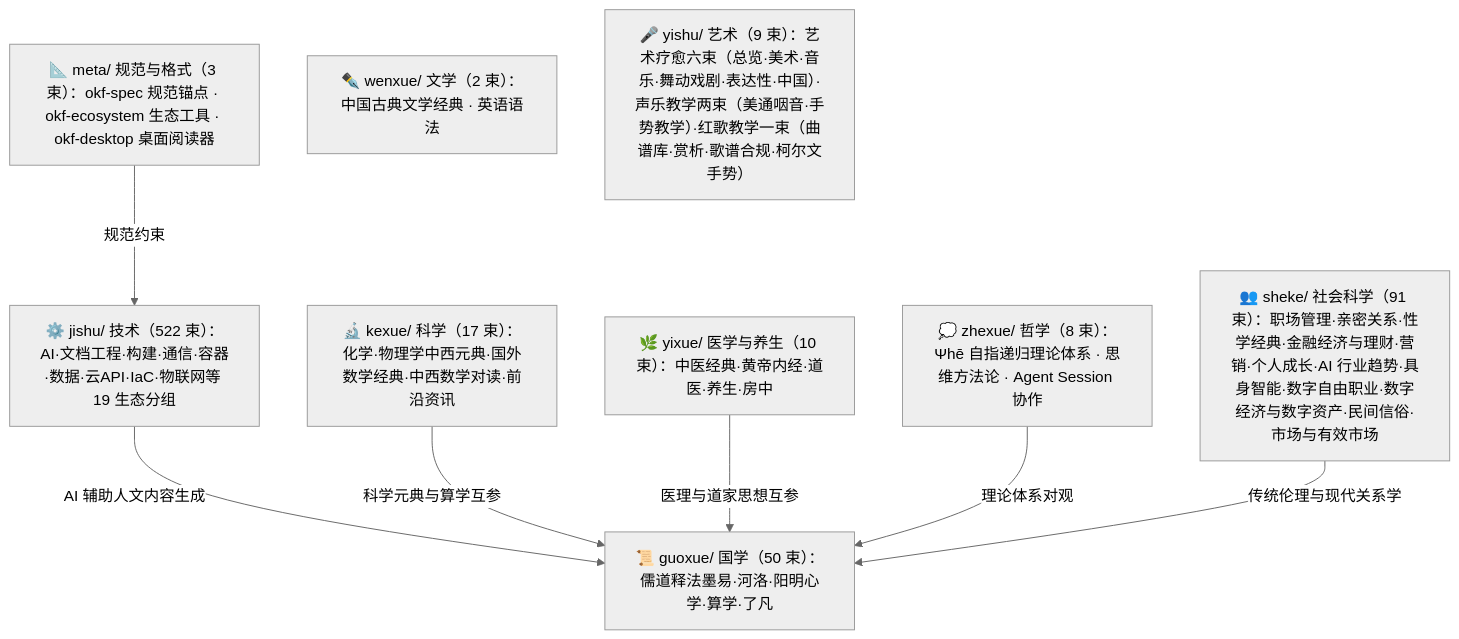
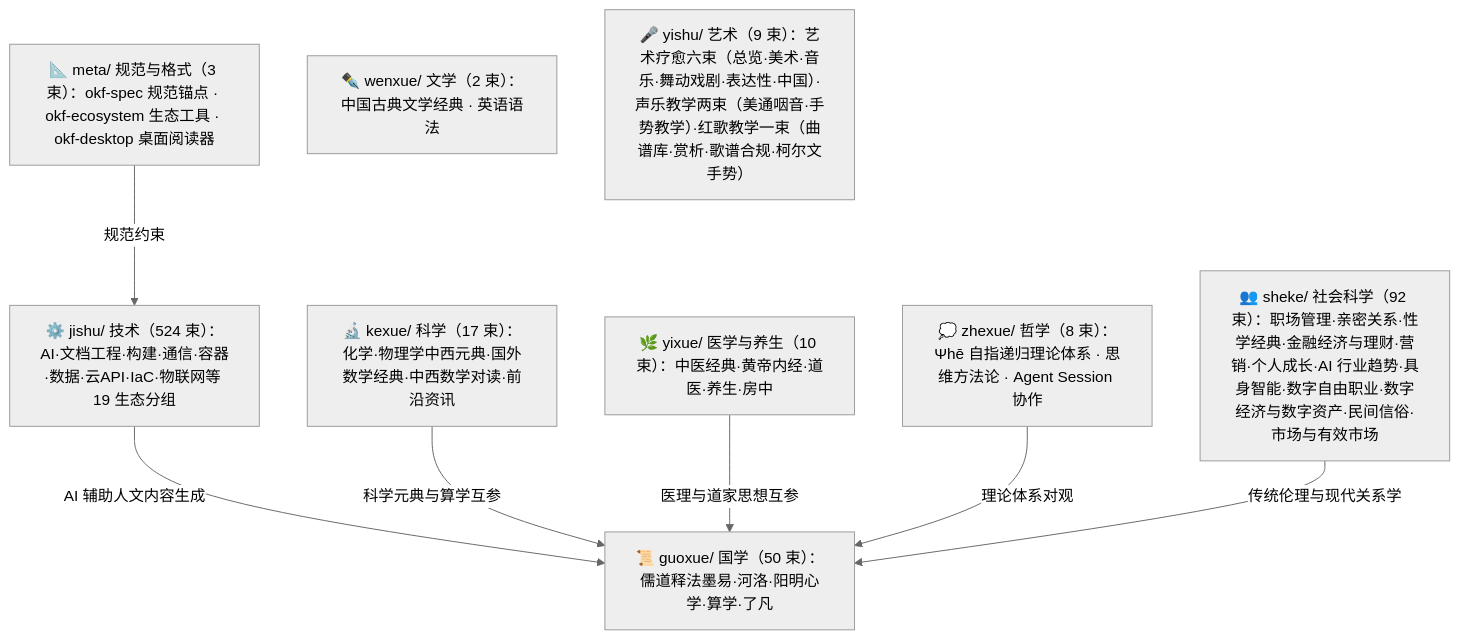
The diagram in doc/bundles/index.md (awesome-flexloop/awesome-okf), drawn with Mermaid (neutral theme) before and after one commit. The commit also changed other lines of this file and 51 other files, not shown here.

````diff
--- a/doc/bundles/index.md
+++ b/doc/bundles/index.md
@@ -21,18 +21,18 @@
 ```mermaid
 flowchart TD
     meta["📐 meta/ 规范与格式（3 束）：okf-spec 规范锚点 · okf-ecosystem 生态工具 · okf-desktop 桌面阅读器"]
     guoxue["📜 guoxue/ 国学（50 束）：儒道释法墨易·河洛·阳明心学·算学·了凡"]
     zhexue["💭 zhexue/ 哲学（8 束）：Ψhē 自指递归理论体系 · 思维方法论 · Agent Session 协作"]
     kexue["🔬 kexue/ 科学（17 束）：化学·物理学中西元典·国外数学经典·中西数学对读·前沿资讯"]
     wenxue["✒️ wenxue/ 文学（2 束）：中国古典文学经典 · 英语语法"]
     yixue["🌿 yixue/ 医学与养生（10 束）：中医经典·黄帝内经·道医·养生·房中"]
-    sheke["👥 sheke/ 社会科学（91 束）：职场管理·亲密关系·性学经典·金融经济与理财·营销·个人成长·AI 行业趋势·具身智能·数字自由职业·数字经济与数字资产·民间信俗·市场与有效市场"]
+    sheke["👥 sheke/ 社会科学（92 束）：职场管理·亲密关系·性学经典·金融经济与理财·营销·个人成长·AI 行业趋势·具身智能·数字自由职业·数字经济与数字资产·民间信俗·市场与有效市场"]
     yishu["🎤 yishu/ 艺术（9 束）：艺术疗愈六束（总览·美术·音乐·舞动戏剧·表达性·中国）·声乐教学两束（美通咽音·手势教学）·红歌教学一束（曲谱库·赏析·歌谱合规·柯尔文手势）"]
-    jishu["⚙️ jishu/ 技术（522 束）：AI·文档工程·构建·通信·容器·数据·云API·IaC·物联网等 19 生态分组"]
+    jishu["⚙️ jishu/ 技术（524 束）：AI·文档工程·构建·通信·容器·数据·云API·IaC·物联网等 19 生态分组"]
     meta -->|"规范约束"| jishu
     jishu -->|"AI 辅助人文内容生成"| guoxue
     kexue -->|"科学元典与算学互参"| guoxue
     yixue -->|"医理与道家思想互参"| guoxue
     zhexue -->|"理论体系对观"| guoxue
     sheke -->|"传统伦理与现代关系学"| guoxue
 ```
````
